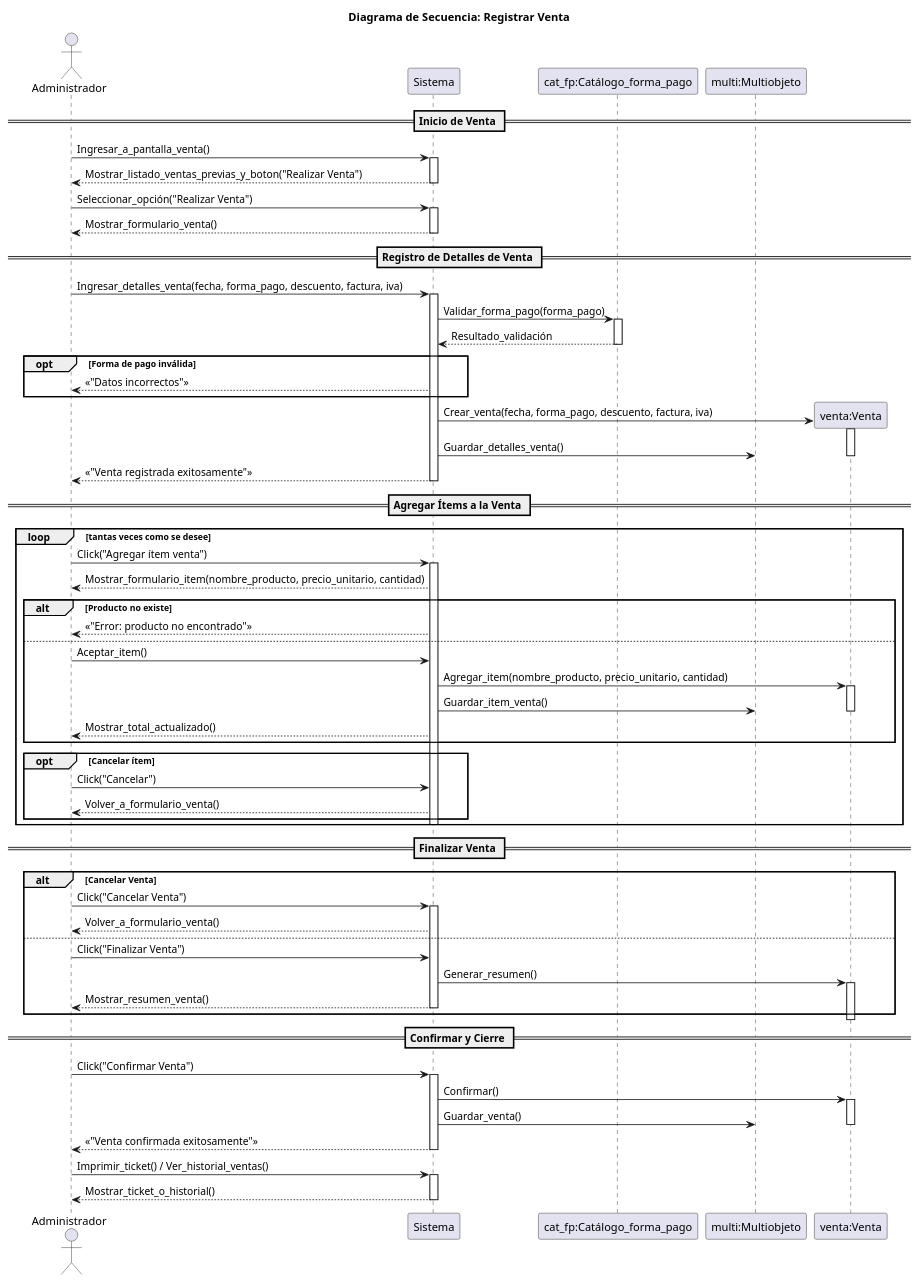
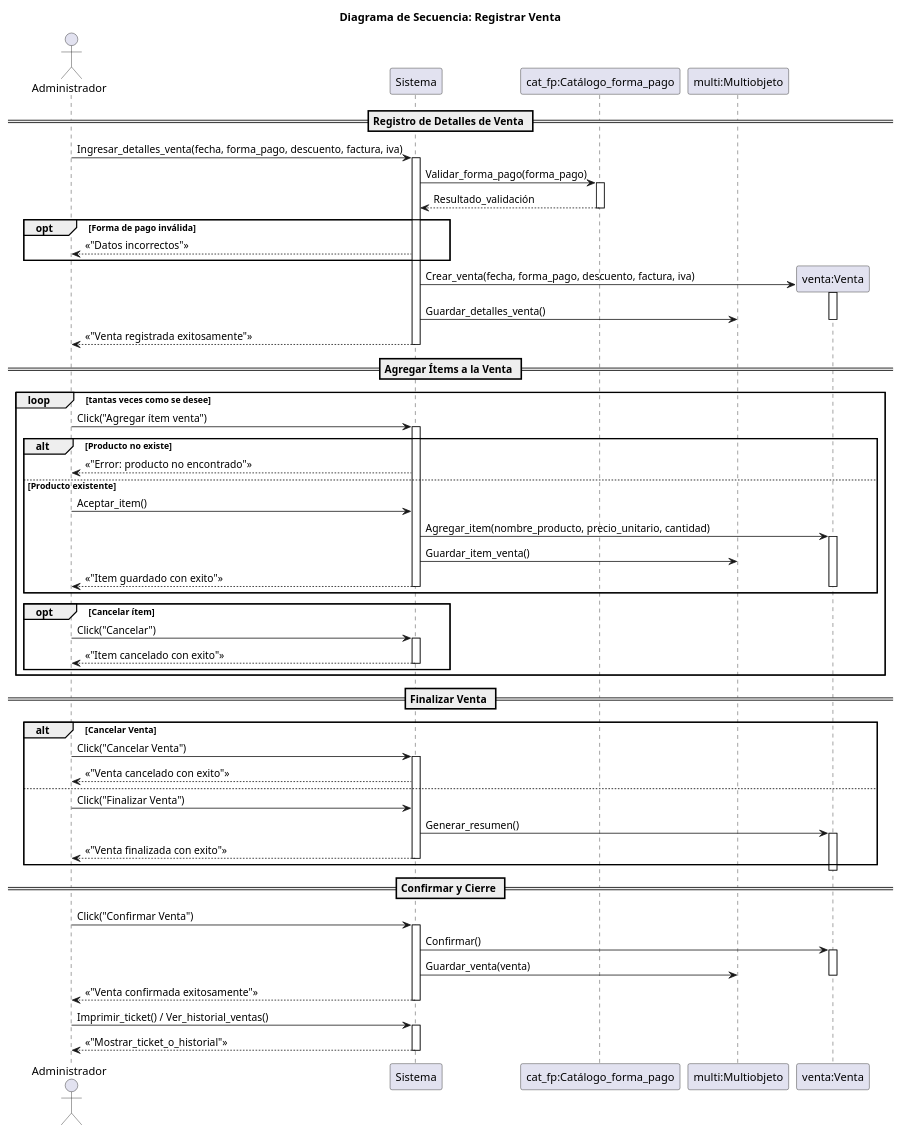
The diagram in 08-Diagrama-secuencia/02_Venta.puml (Luci1274/PPI_Proyecto_gomeria), drawn with PlantUML before and after one commit. The commit also changed 5 other files, not shown here.

Commit message:
cambios en los diagramas

```diff
--- a/08-Diagrama-secuencia/02_Venta.puml
+++ b/08-Diagrama-secuencia/02_Venta.puml
@@ -1,95 +1,84 @@
 @startuml venta
 
 title Diagrama de Secuencia: Registrar Venta
 
 actor Administrador
 participant Sistema
 participant "cat_fp:Catálogo_forma_pago" as Cat_fp
 participant "multi:Multiobjeto" as MULT
-
-== Inicio de Venta ==
-Administrador -> Sistema: Ingresar_a_pantalla_venta()
-activate Sistema
-Sistema --> Administrador: Mostrar_listado_ventas_previas_y_boton("Realizar Venta")
-deactivate Sistema
-
-Administrador -> Sistema: Seleccionar_opción("Realizar Venta")
-activate Sistema
-Sistema --> Administrador: Mostrar_formulario_venta()
-deactivate Sistema
 
 == Registro de Detalles de Venta ==
 Administrador -> Sistema: Ingresar_detalles_venta(fecha, forma_pago, descuento, factura, iva)
 activate Sistema
 Sistema -> Cat_fp: Validar_forma_pago(forma_pago)
 activate Cat_fp
 Cat_fp --> Sistema: Resultado_validación
 deactivate Cat_fp
 
 opt Forma de pago inválida
     Sistema --> Administrador: <<"Datos incorrectos">>
 end
 
 create "venta:Venta" as V
 Sistema -> V: Crear_venta(fecha, forma_pago, descuento, factura, iva)
 activate V
 Sistema -> MULT: Guardar_detalles_venta()
 deactivate V
 Sistema --> Administrador: <<"Venta registrada exitosamente">>
 deactivate Sistema
 
 == Agregar Ítems a la Venta ==
 loop tantas veces como se desee
     Administrador -> Sistema: Click("Agregar ítem venta")
     activate Sistema
-    Sistema --> Administrador: Mostrar_formulario_item(nombre_producto, precio_unitario, cantidad)
-    
     alt Producto no existe
         Sistema --> Administrador: <<"Error: producto no encontrado">>
-    else
+    else Producto existente
         Administrador -> Sistema: Aceptar_item()
         Sistema -> V: Agregar_item(nombre_producto, precio_unitario, cantidad)
         activate V
         Sistema -> MULT: Guardar_item_venta()
+        Sistema --> Administrador: <<"Item guardado con exito">>
         deactivate V
-        Sistema --> Administrador: Mostrar_total_actualizado()
+        deactivate Sistema
     end
 
     opt Cancelar ítem
         Administrador -> Sistema: Click("Cancelar")
-        Sistema --> Administrador: Volver_a_formulario_venta()
+        activate Sistema
+        Sistema --> Administrador: <<"Item cancelado con exito">>
+         deactivate Sistema
     end
-    deactivate Sistema
 end
 
 == Finalizar Venta ==
 alt Cancelar Venta
     Administrador -> Sistema: Click("Cancelar Venta")
     activate Sistema
-    Sistema --> Administrador: Volver_a_formulario_venta()
+    Sistema --> Administrador: <<"Venta cancelado con exito">>
 else
     Administrador -> Sistema: Click("Finalizar Venta")
     Sistema -> V: Generar_resumen()
     activate V
-    Sistema --> Administrador: Mostrar_resumen_venta()
+    Sistema --> Administrador: <<"Venta finalizada con exito">>
     deactivate Sistema
 end
 deactivate V
 
 == Confirmar y Cierre ==
 Administrador -> Sistema: Click("Confirmar Venta")
 activate Sistema
 Sistema -> V: Confirmar()
 activate V
-Sistema -> MULT: Guardar_venta()
+Sistema -> MULT: Guardar_venta(venta)
 deactivate V
 Sistema --> Administrador: <<"Venta confirmada exitosamente">>
 deactivate Sistema
 
 Administrador -> Sistema: Imprimir_ticket() / Ver_historial_ventas()
 activate Sistema
-Sistema --> Administrador: Mostrar_ticket_o_historial()
+Sistema --> Administrador: <<"Mostrar_ticket_o_historial">>
 deactivate Sistema
+deactivate V
 
-deactivate V
 @enduml
```
